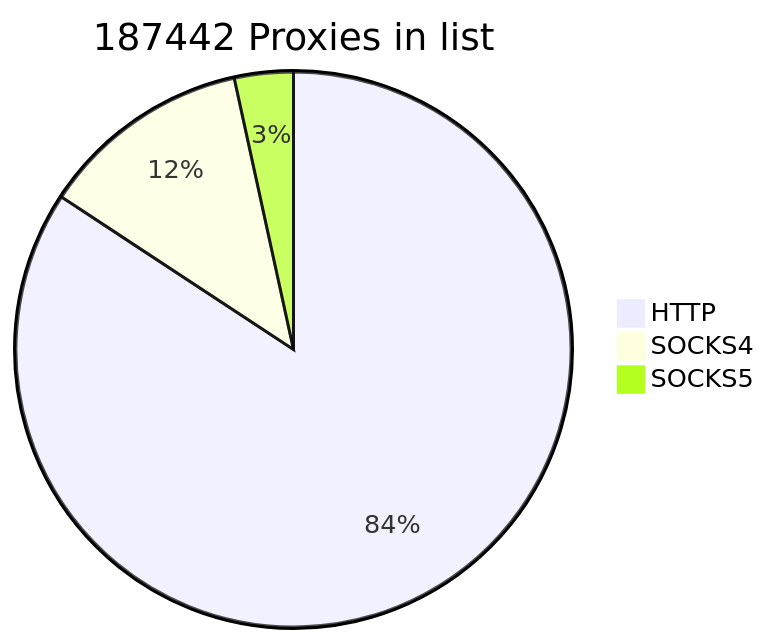
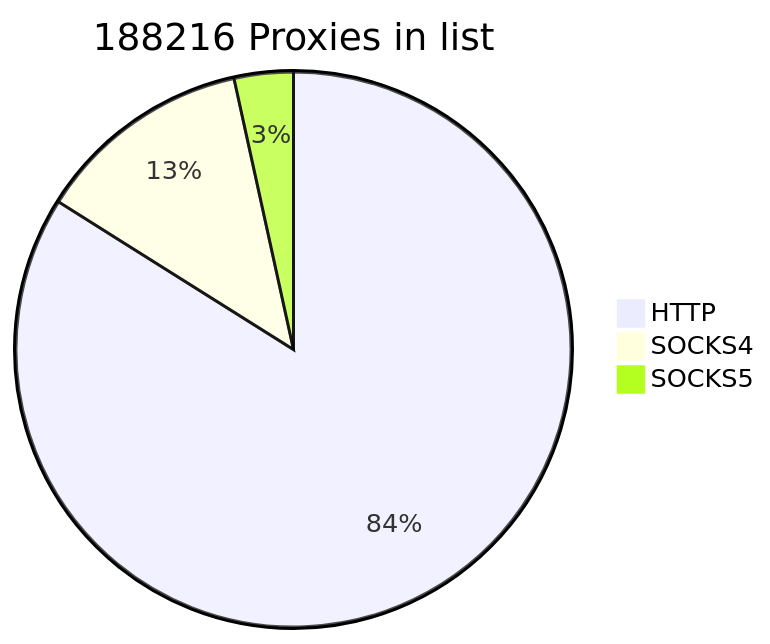
Before and after one commit to cutipu/proxylist: the first of 2 diagrams in README.md, drawn with Mermaid. The commit also changed other lines of this file, not shown here.

````diff
--- a/README.md
+++ b/README.md
@@ -2,7 +2,7 @@
 ```mermaid
-pie title 187442 Proxies in list
-    "HTTP" : 157936
-    "SOCKS4" : 23090
-    "SOCKS5" : 6416
+pie title 188216 Proxies in list
+    "HTTP" : 157968
+    "SOCKS4" : 23774
+    "SOCKS5" : 6474
             
 ```
````
